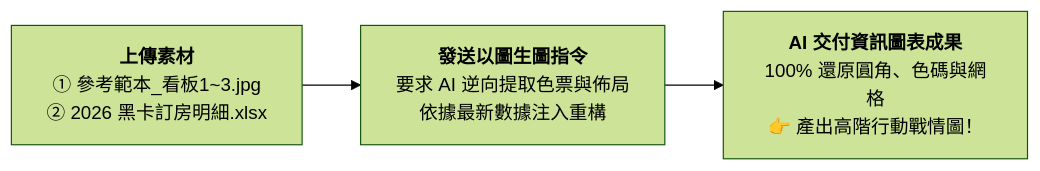
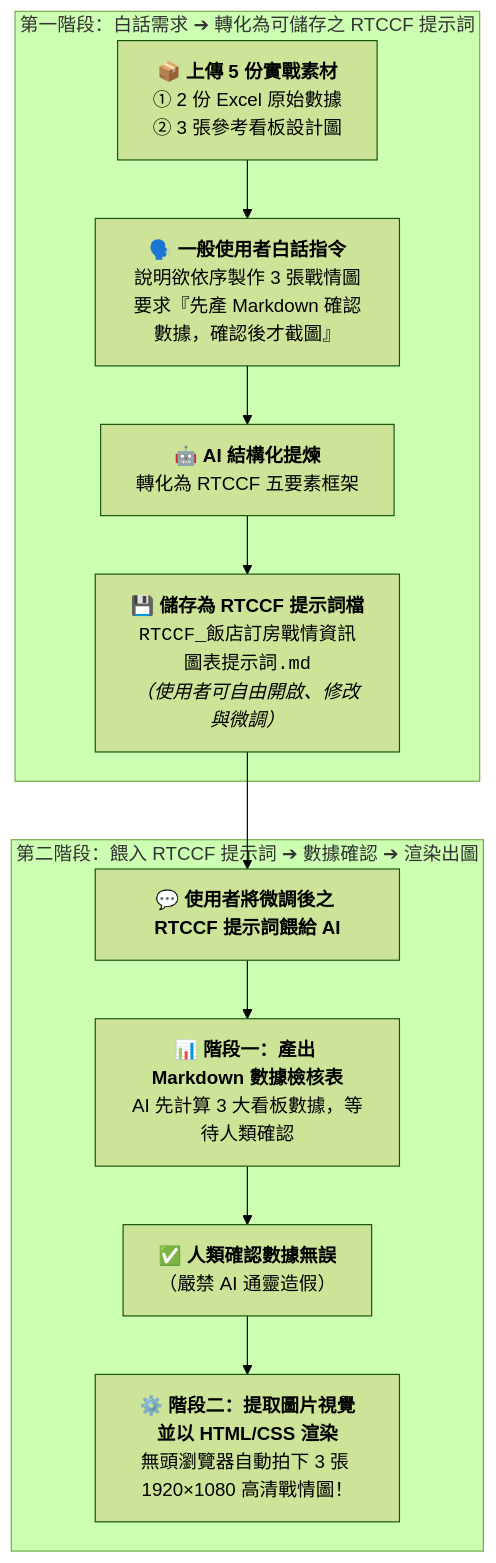
Before and after one commit to roberthsu2003/workflow-productivity: the diagram in 常見的AI應用/實戰範例/飯店訂房戰情資訊圖表自動化/9-1_白話自然語言發想提示詞.md, drawn with Mermaid (forest theme). The commit also changed other lines of this file and 5 other files, not shown here.

````diff
--- a/常見的AI應用/實戰範例/飯店訂房戰情資訊圖表自動化/9-1_白話自然語言發想提示詞.md
+++ b/常見的AI應用/實戰範例/飯店訂房戰情資訊圖表自動化/9-1_白話自然語言發想提示詞.md
@@ -10,5 +13,15 @@
 ```mermaid
-flowchart LR
-    StepA["<b>上傳素材</b><br/>① 參考範本_看板1~3.jpg<br/>② 2026 黑卡訂房明細.xlsx"] --> StepB["<b>發送以圖生圖指令</b><br/>要求 AI 逆向提取色票與佈局<br/>依據最新數據注入重構"]
-    StepB --> StepC["<b>AI 交付資訊圖表成果</b><br/>100% 還原圓角、色碼與網格<br/>👉 產出高階行動戰情圖！"]
+flowchart TD
+    subgraph S1 ["第一階段：白話需求 ➔ 轉化為可儲存之 RTCCF 提示詞"]
+        Upload["📦 <b>上傳 5 份實戰素材</b><br/>① 2 份 Excel 原始數據<br/>② 3 張參考看板設計圖"] --> HumanMsg["🗣️ <b>一般使用者白話指令</b><br/>說明欲依序製作 3 張戰情圖<br/>要求『先產 Markdown 確認數據，確認後才截圖』"]
+        HumanMsg --> AIRTCCF["🤖 <b>AI 結構化提煉</b><br/>轉化為 RTCCF 五要素框架"]
+        AIRTCCF --> SavePrompt["💾 <b>儲存為 RTCCF 提示詞檔</b><br/><code>RTCCF_飯店訂房戰情資訊圖表提示詞.md</code><br/><i>（使用者可自由開啟、修改與微調）</i>"]
+    end
+
+    subgraph S2 ["第二階段：餵入 RTCCF 提示詞 ➔ 數據確認 ➔ 渲染出圖"]
+        SavePrompt --> FeedAI["💬 <b>使用者將微調後之 RTCCF 提示詞餵給 AI</b>"]
+        FeedAI --> StepData["📊 <b>階段一：產出 Markdown 數據檢核表</b><br/>AI 先計算 3 大看板數據，等待人類確認"]
+        StepData --> CheckOK["✅ <b>人類確認數據無誤</b><br/>（嚴禁 AI 通靈造假）"]
+        CheckOK --> StepRender["⚙️ <b>階段二：提取圖片視覺並以 HTML/CSS 渲染</b><br/>無頭瀏覽器自動拍下 3 張 1920×1080 高清戰情圖！"]
+    end
 ```
````
